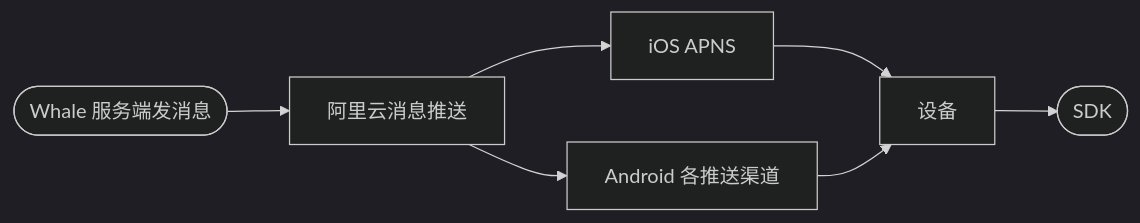
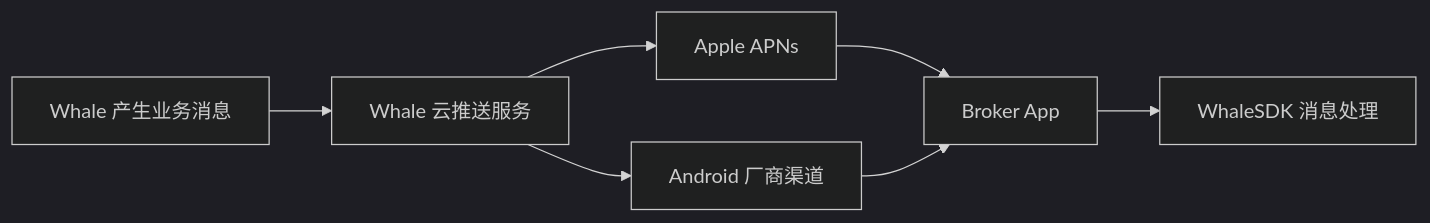
The first of 2 diagrams in cn/docs/message-push-options.mdx (longbridge/whale-docs), drawn with Mermaid (dark theme) before and after one commit. The commit also changed other lines of this file and 3 other files, not shown here.

````diff
--- a/cn/docs/message-push-options.mdx
+++ b/cn/docs/message-push-options.mdx
@@ -10,9 +18,9 @@
 ```mermaid
 flowchart LR
-  A([Whale 服务端发消息])-->B[阿里云消息推送]
-  B-->C[iOS APNS]
-  B-->D[Android 各推送渠道]
-  C-->E[设备]
-  D-->E
-  E-->F([SDK])
+  A[Whale 产生业务消息] --> B[Whale 云推送服务]
+  B --> C[Apple APNs]
+  B --> D[Android 厂商渠道]
+  C --> E[Broker App]
+  D --> E
+  E --> F[WhaleSDK 消息处理]
 ```
````
